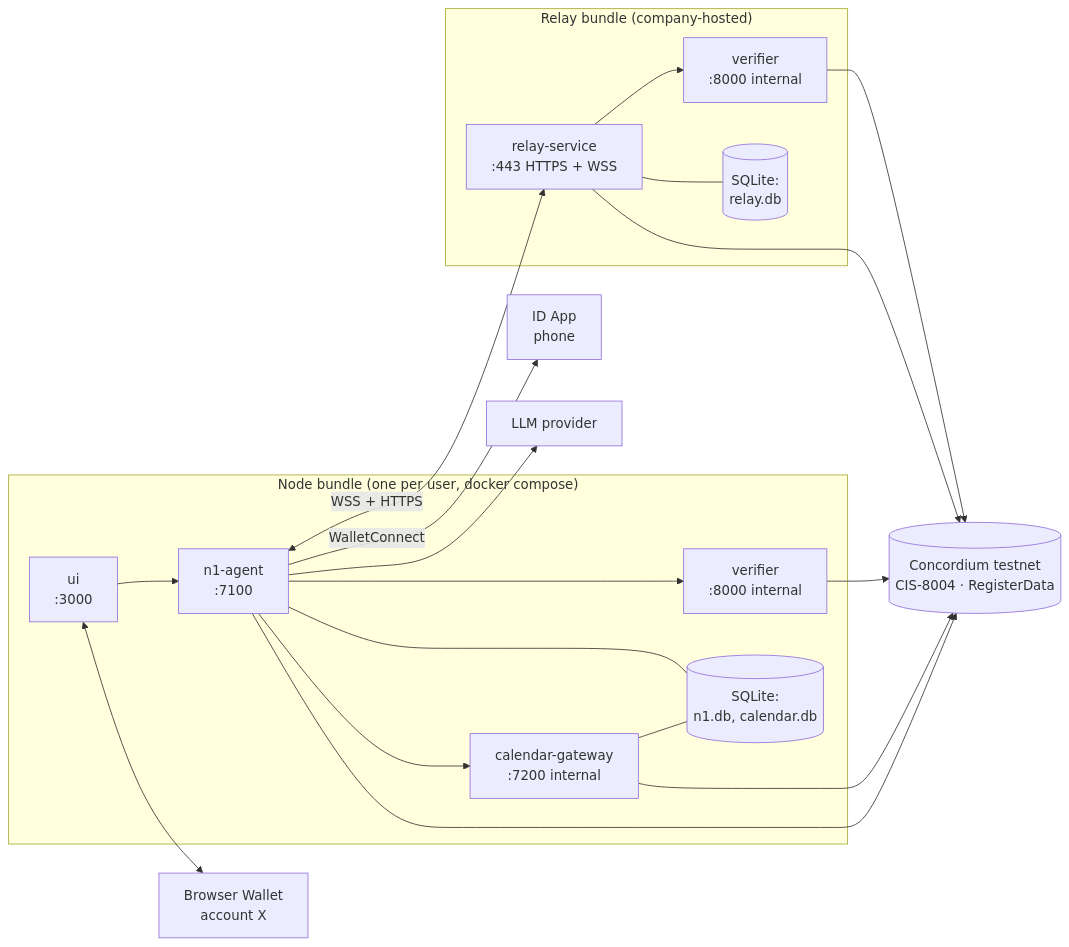
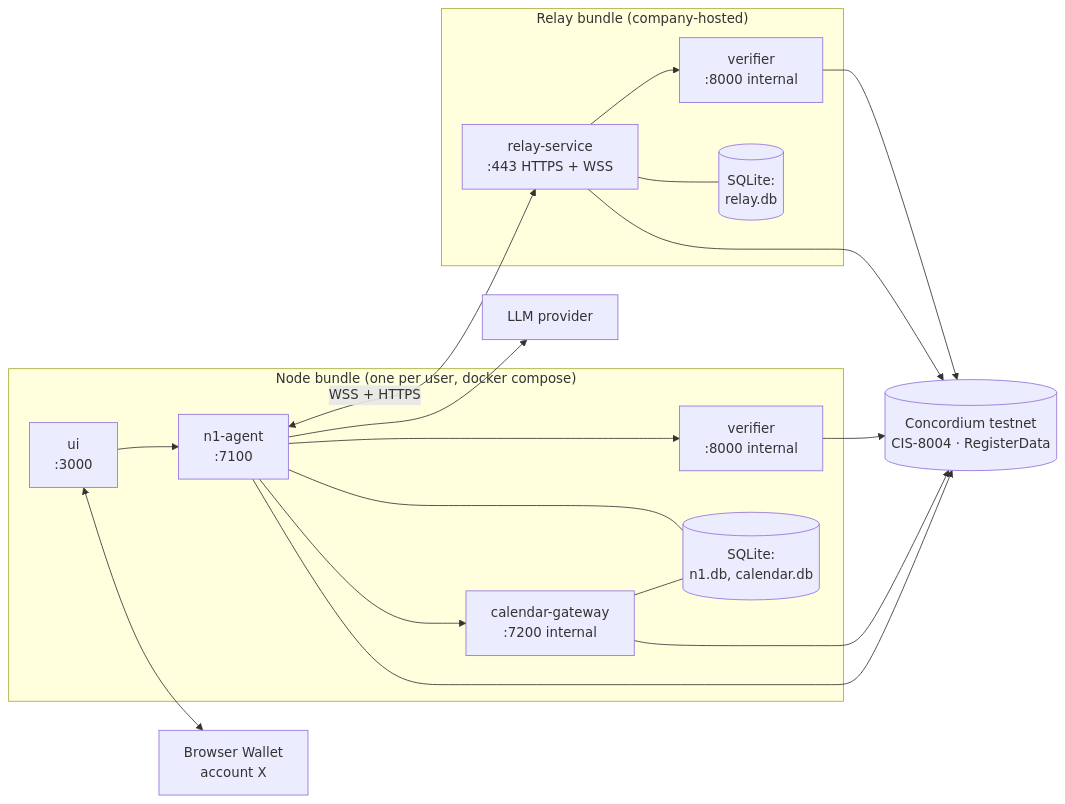
Before and after one commit to Vishwas1/number1-agent: the diagram in spec/README.md, drawn with Mermaid. The commit also changed other lines of this file and 17 other files, not shown here.

````diff
--- a/spec/README.md
+++ b/spec/README.md
@@ -13,33 +13,31 @@
 ```mermaid
 flowchart LR
     subgraph Node["Node bundle (one per user, docker compose)"]
       UI[ui<br/>:3000]
       N1[n1-agent<br/>:7100]
       GW[calendar-gateway<br/>:7200 internal]
       VER[verifier<br/>:8000 internal]
       NDB[(SQLite:<br/>n1.db, calendar.db)]
     end
     subgraph Relay["Relay bundle (company-hosted)"]
       RS[relay-service<br/>:443 HTTPS + WSS]
       RV[verifier<br/>:8000 internal]
       RDB[(SQLite:<br/>relay.db)]
     end
     BW[Browser Wallet<br/>account X]
-    IDA[ID App<br/>phone]
     CH[(Concordium testnet<br/>CIS-8004 · RegisterData)]
     LLM[LLM provider]
 
     UI --> N1
     UI <--> BW
     N1 --> GW
     N1 --> VER
     N1 <-->|WSS + HTTPS| RS
-    N1 -->|WalletConnect| IDA
     N1 --> LLM
     N1 & GW & VER --> CH
     RS --> RV
     RS & RV --> CH
     GW --- NDB
     N1 --- NDB
     RS --- RDB
 ```
````
